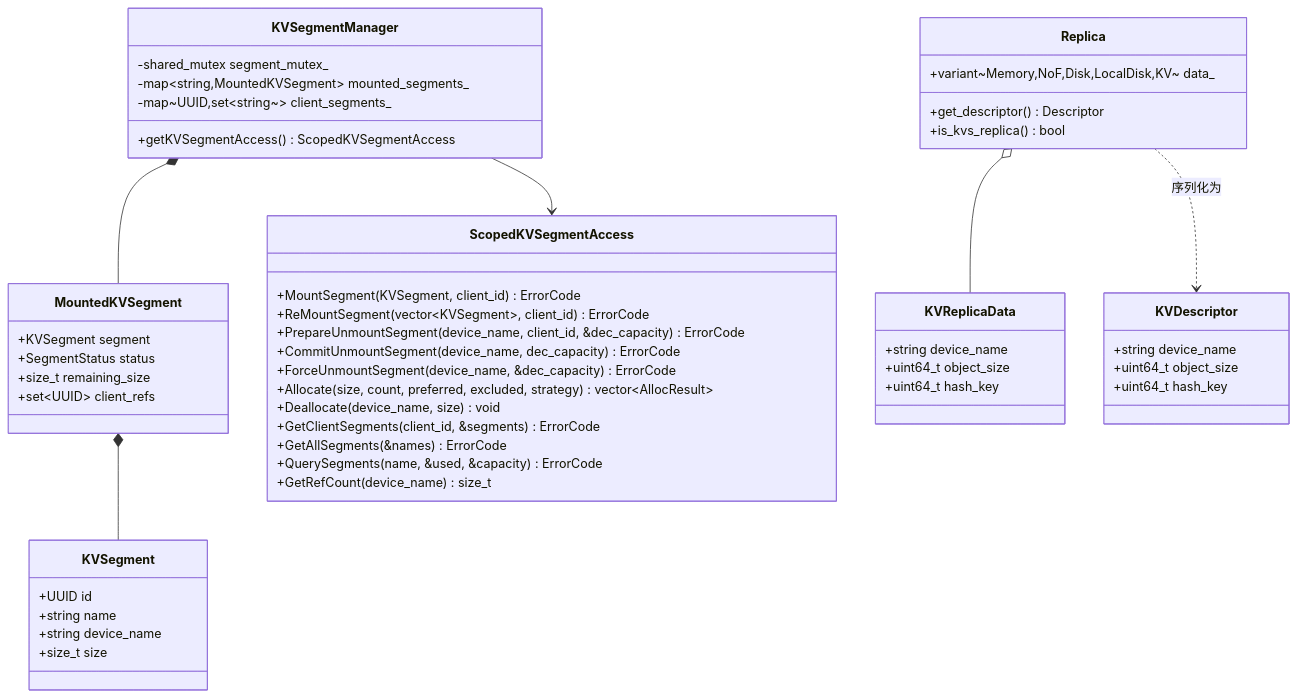
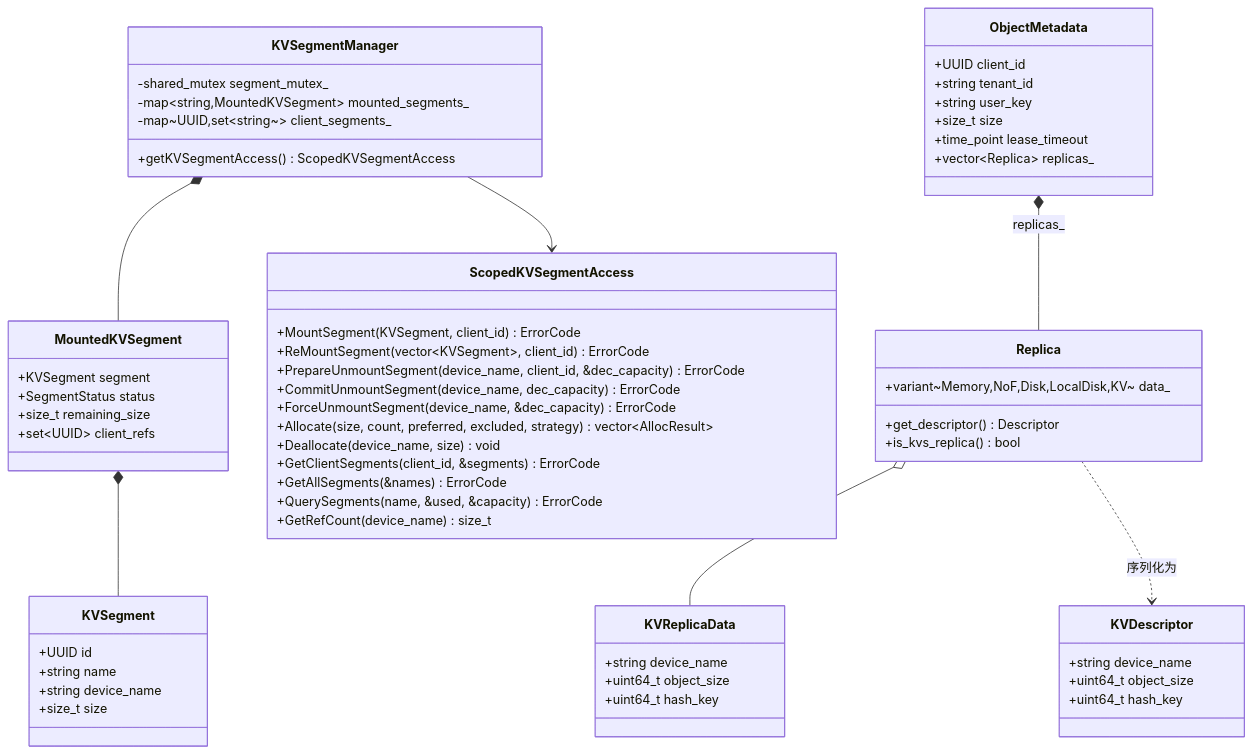
One commit to yz53665/Mooncake changed the second of 20 diagrams in mooncake-store/docs/KVUSegment_design.md. Above: the diagram before and after it, drawn with Mermaid. The commit also changed other lines of this file, not shown here.

````diff
--- a/mooncake-store/docs/KVUSegment_design.md
+++ b/mooncake-store/docs/KVUSegment_design.md
@@ -73,63 +73,73 @@
 ```mermaid
 classDiagram
     direction TB
 
     class KVSegment {
         +UUID id
         +string name
         +string device_name
         +size_t size
     }
 
     class MountedKVSegment {
         +KVSegment segment
         +SegmentStatus status
         +size_t remaining_size
         +set~UUID~ client_refs
     }
 
     class KVSegmentManager {
         -shared_mutex segment_mutex_
         -map~string,MountedKVSegment~ mounted_segments_
         -map~UUID,set~string~~ client_segments_
         +getKVSegmentAccess() ScopedKVSegmentAccess
     }
 
     class ScopedKVSegmentAccess {
         +MountSegment(KVSegment, client_id) ErrorCode
         +ReMountSegment(vector~KVSegment~, client_id) ErrorCode
         +PrepareUnmountSegment(device_name, client_id, &dec_capacity) ErrorCode
         +CommitUnmountSegment(device_name, dec_capacity) ErrorCode
         +ForceUnmountSegment(device_name, &dec_capacity) ErrorCode
         +Allocate(size, count, preferred, excluded, strategy) vector~AllocResult~
         +Deallocate(device_name, size) void
         +GetClientSegments(client_id, &segments) ErrorCode
         +GetAllSegments(&names) ErrorCode
         +QuerySegments(name, &used, &capacity) ErrorCode
         +GetRefCount(device_name) size_t
     }
 
     class KVReplicaData {
         +string device_name
         +uint64_t object_size
         +uint64_t hash_key
     }
 
     class KVDescriptor {
         +string device_name
         +uint64_t object_size
         +uint64_t hash_key
     }
 
     class Replica {
         +variant~Memory,NoF,Disk,LocalDisk,KV~ data_
         +get_descriptor() Descriptor
         +is_kvs_replica() bool
     }
 
+    class ObjectMetadata {
+        +UUID client_id
+        +string tenant_id
+        +string user_key
+        +size_t size
+        +time_point lease_timeout
+        +vector~Replica~ replicas_
+    }
+
     KVSegmentManager *-- MountedKVSegment
     MountedKVSegment *-- KVSegment
     KVSegmentManager --> ScopedKVSegmentAccess
     Replica o-- KVReplicaData
     Replica ..> KVDescriptor : 序列化为
+    ObjectMetadata *-- Replica : replicas_
 ```
````
